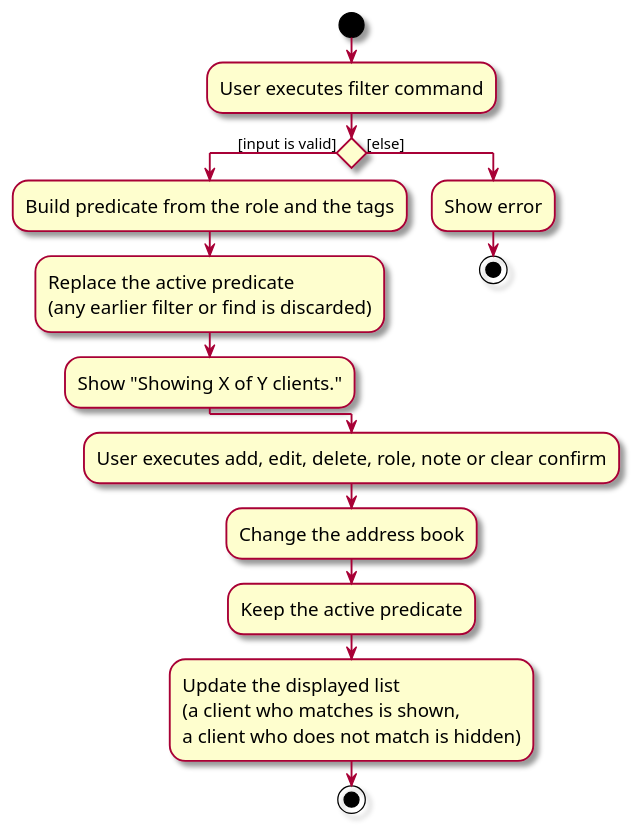
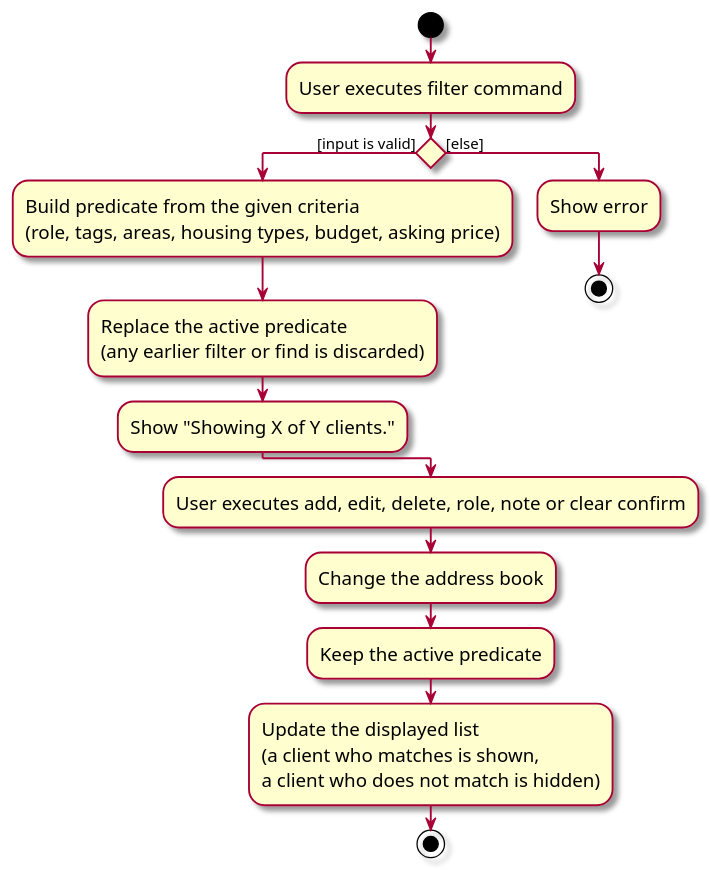
The diagram in docs/diagrams/FilterActivityDiagram.puml (AY2627S1-CS2103T-W09-3/tp), drawn with PlantUML before and after one commit. The commit also changed 2 other files, not shown here.

```diff
--- a/docs/diagrams/FilterActivityDiagram.puml
+++ b/docs/diagrams/FilterActivityDiagram.puml
@@ -1,28 +1,29 @@
 @startuml
 skin rose
 skinparam ActivityFontSize 15
 skinparam ArrowFontSize 12
 start
 :User executes filter command;
 
 'Since the beta syntax does not support placing the condition outside the
 'diamond we place it as the true branch instead.
 
 if () then ([input is valid])
-    :Build predicate from the role and the tags;
+    :Build predicate from the given criteria
+    (role, tags, areas, housing types, budget, asking price);
     :Replace the active predicate
     (any earlier filter or find is discarded);
     :Show "Showing X of Y clients.";
 else ([else])
     :Show error;
     stop
 endif
 
 :User executes add, edit, delete, role, note or clear confirm;
 :Change the address book;
 :Keep the active predicate;
 :Update the displayed list
 (a client who matches is shown,
 a client who does not match is hidden);
 stop
 @enduml
```
